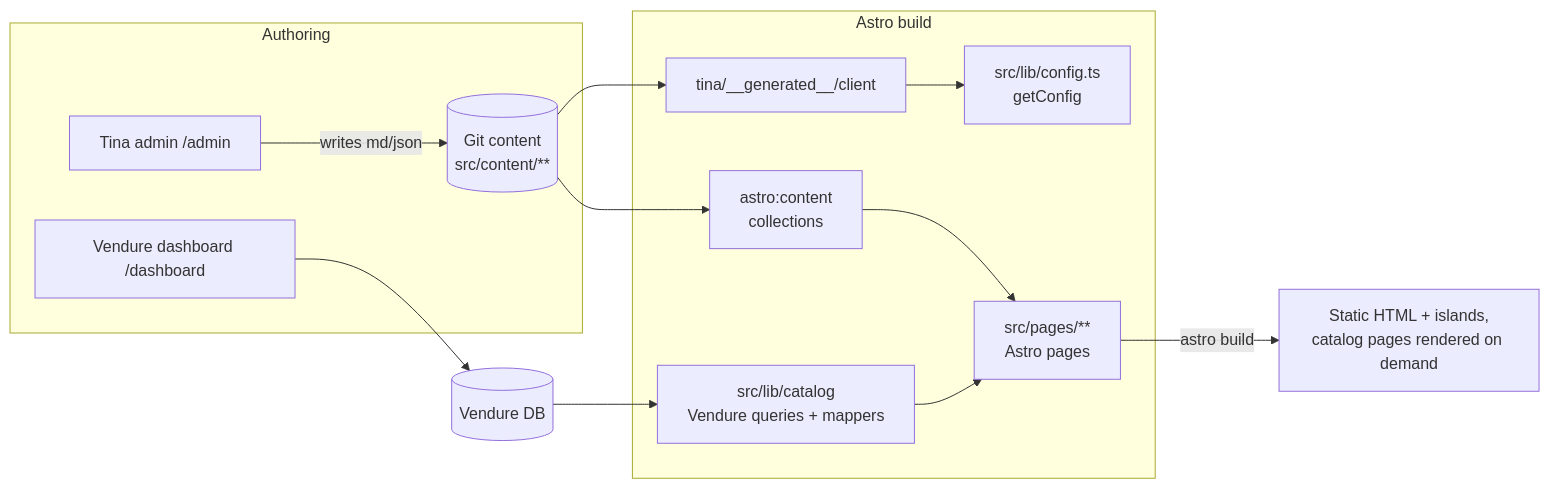
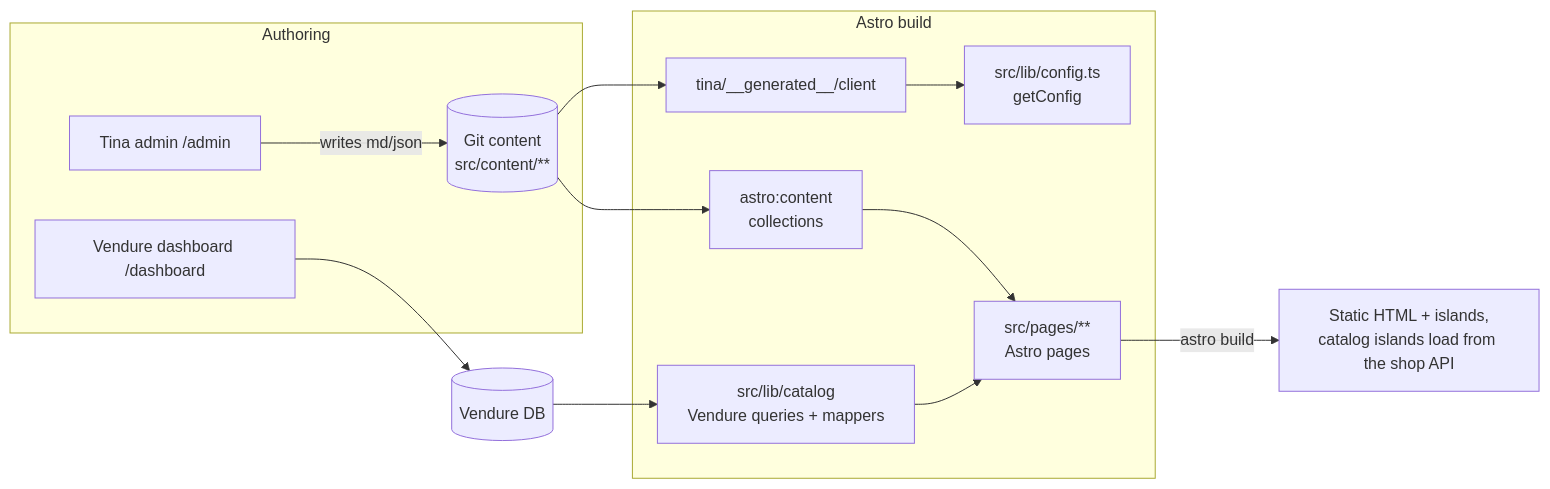
The diagram in docs/ARCHITECTURE.md (babasarok/babasarok-website), drawn with Mermaid before and after one commit. The commit also changed other lines of this file and 63 other files, not shown here.

First line of the commit message:
perf: static catalog shells; the browser loads the catalog (ADR 0017) (#113)

````diff
--- a/docs/ARCHITECTURE.md
+++ b/docs/ARCHITECTURE.md
@@ -32,26 +32,26 @@
 ```mermaid
 flowchart LR
     subgraph Authoring
         TinaAdmin[Tina admin /admin]
         Dash[Vendure dashboard /dashboard]
         Git[(Git content<br/>src/content/**)]
     end
     subgraph Build[Astro build]
         TinaClient[tina/__generated__/client]
         Config[src/lib/config.ts<br/>getConfig]
         Catalog[src/lib/catalog<br/>Vendure queries + mappers]
         Collections[astro:content<br/>collections]
         Pages[src/pages/**<br/>Astro pages]
     end
-    Browser[Static HTML + islands,<br/>catalog pages rendered on demand]
+    Browser[Static HTML + islands,<br/>catalog islands load from the shop API]
 
     TinaAdmin -->|writes md/json| Git
     Git --> TinaClient
     TinaClient --> Config
     Git --> Collections
     Collections --> Pages
     Dash --> VendureDB[(Vendure DB)]
     VendureDB --> Catalog
     Catalog --> Pages
     Pages -->|astro build| Browser
 ```
````
